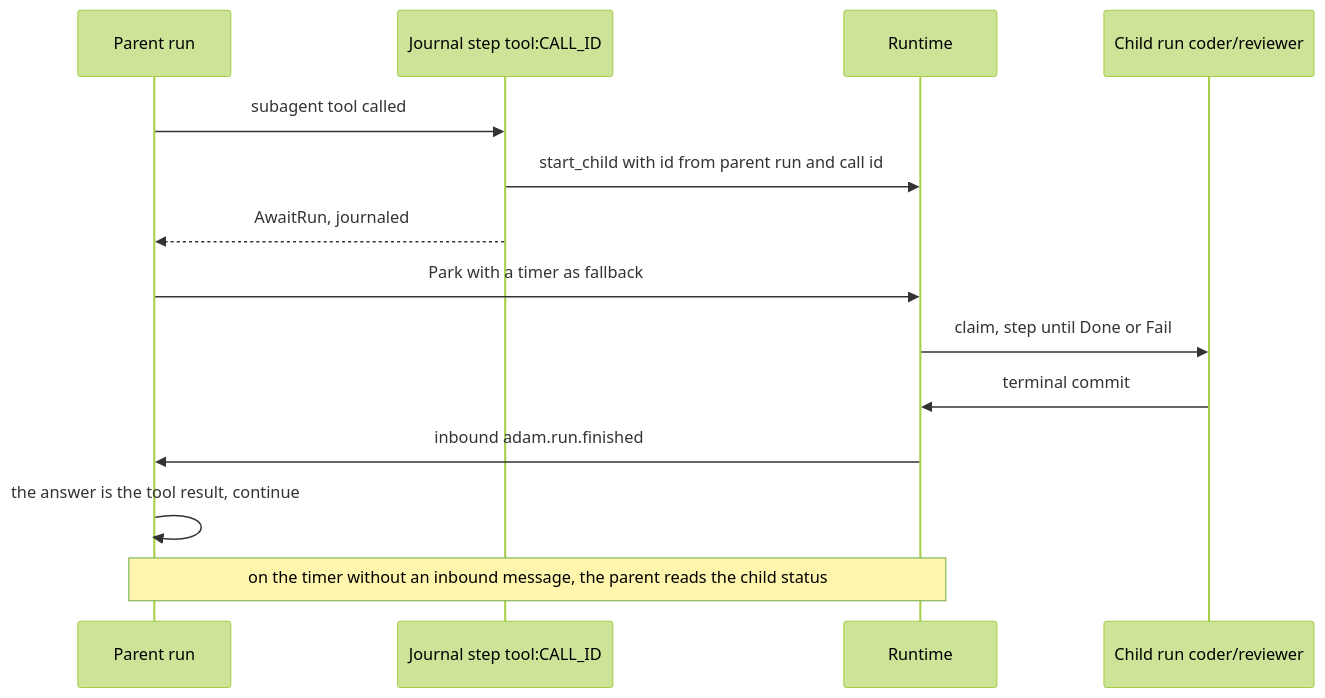
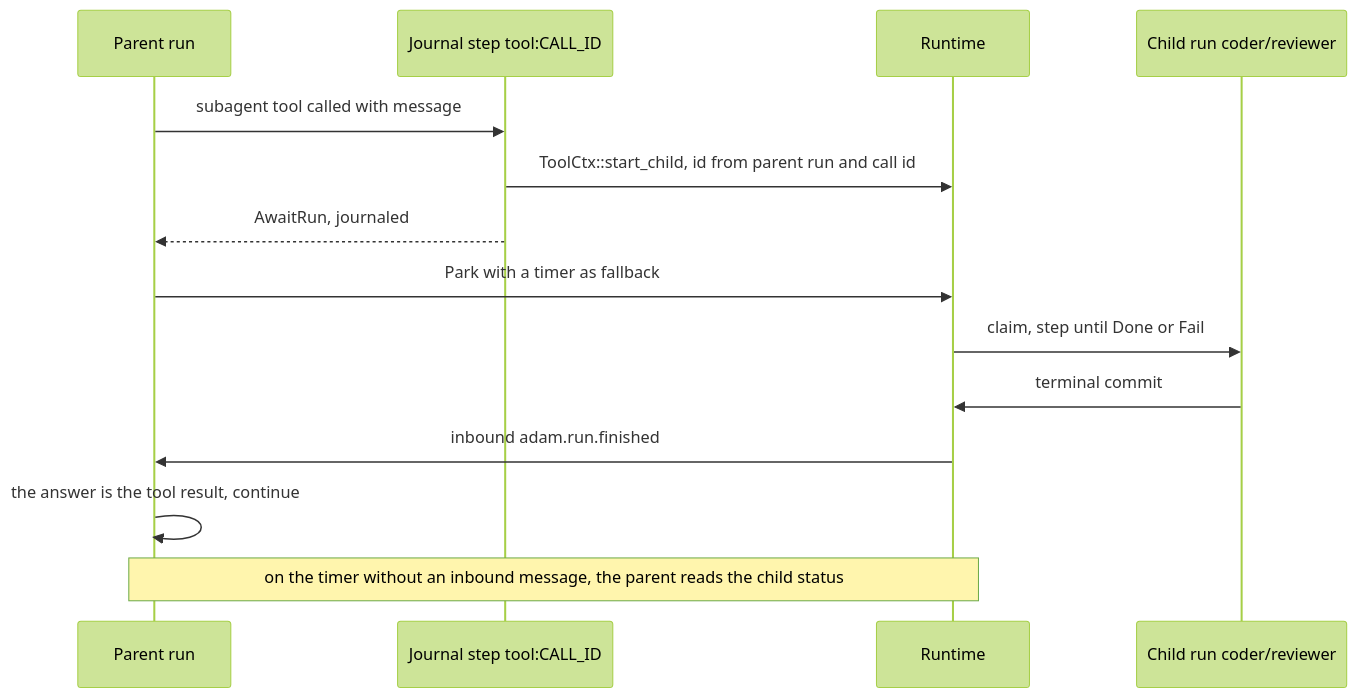
One commit to vymalo/another-adam-rs changed the seventh of 10 diagrams in docs/authoring.md. Above: the diagram before and after it, drawn with Mermaid (forest theme). The commit also changed other lines of this file and 34 other files, not shown here.

````diff
--- a/docs/authoring.md
+++ b/docs/authoring.md
@@ -534,16 +536,16 @@
 ```mermaid
 sequenceDiagram
   participant P as Parent run
   participant J as Journal step tool:CALL_ID
   participant R as Runtime
   participant C as Child run coder/reviewer
-  P->>J: subagent tool called
-  J->>R: start_child with id from parent run and call id
+  P->>J: subagent tool called with message
+  J->>R: ToolCtx::start_child, id from parent run and call id
   J-->>P: AwaitRun, journaled
   P->>R: Park with a timer as fallback
   R->>C: claim, step until Done or Fail
   C->>R: terminal commit
   R->>P: inbound adam.run.finished
   P->>P: the answer is the tool result, continue
   Note over P,R: on the timer without an inbound message, the parent reads the child status
 ```
````
